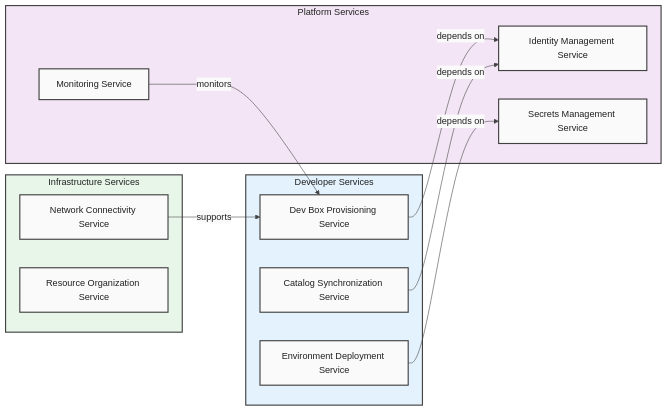
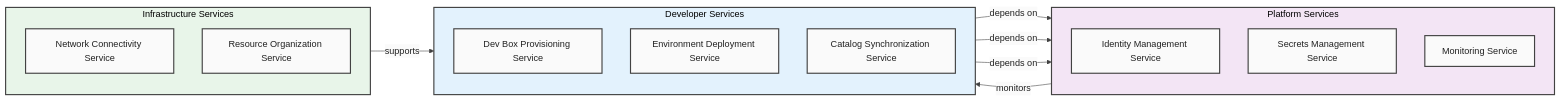
The sixth of 11 diagrams in docs/architecture/Business.md (Evilazaro/DevExp-DevBox), drawn with Mermaid before and after one commit. The commit also changed other lines of this file, not shown here.

Commit message:
docs: enhance Business Architecture document with flowchart direction and styling improvements

````diff
--- a/docs/architecture/Business.md
+++ b/docs/architecture/Business.md
@@ -946,36 +946,43 @@
 ```mermaid
 %%{init: {'theme': 'base', 'themeVariables': { 'primaryColor': '#FAFAFA', 'primaryBorderColor': '#424242', 'primaryTextColor': '#212121', 'lineColor': '#424242'}}}%%
 flowchart LR
     %% Style Definitions
     classDef default fill:#FAFAFA,stroke:#424242,stroke-width:2px,color:#212121
     classDef level1 fill:#E3F2FD,stroke:#424242,stroke-width:2px,color:#212121
     classDef level2 fill:#F3E5F5,stroke:#424242,stroke-width:2px,color:#212121
     classDef level3 fill:#E8F5E9,stroke:#424242,stroke-width:2px,color:#212121
 
     subgraph DEVSVC["Developer Services"]
+        direction TB
         S1["Dev Box Provisioning Service"]
         S2["Environment Deployment Service"]
         S3["Catalog Synchronization Service"]
     end
 
     subgraph PLATSVC["Platform Services"]
+        direction TB
         S4["Identity Management Service"]
         S5["Secrets Management Service"]
         S6["Monitoring Service"]
     end
 
     subgraph INFRASVC["Infrastructure Services"]
+        direction TB
         S7["Network Connectivity Service"]
         S8["Resource Organization Service"]
     end
 
     S1 -->|"depends on"| S4
     S2 -->|"depends on"| S5
     S3 -->|"depends on"| S4
     S6 -->|"monitors"| S1
     S7 -->|"supports"| S1
 
     class DEVSVC level1
     class PLATSVC level2
     class INFRASVC level3
+
+    style DEVSVC fill:#E3F2FD,stroke:#424242,stroke-width:2px
+    style PLATSVC fill:#F3E5F5,stroke:#424242,stroke-width:2px
+    style INFRASVC fill:#E8F5E9,stroke:#424242,stroke-width:2px
 ```
````
